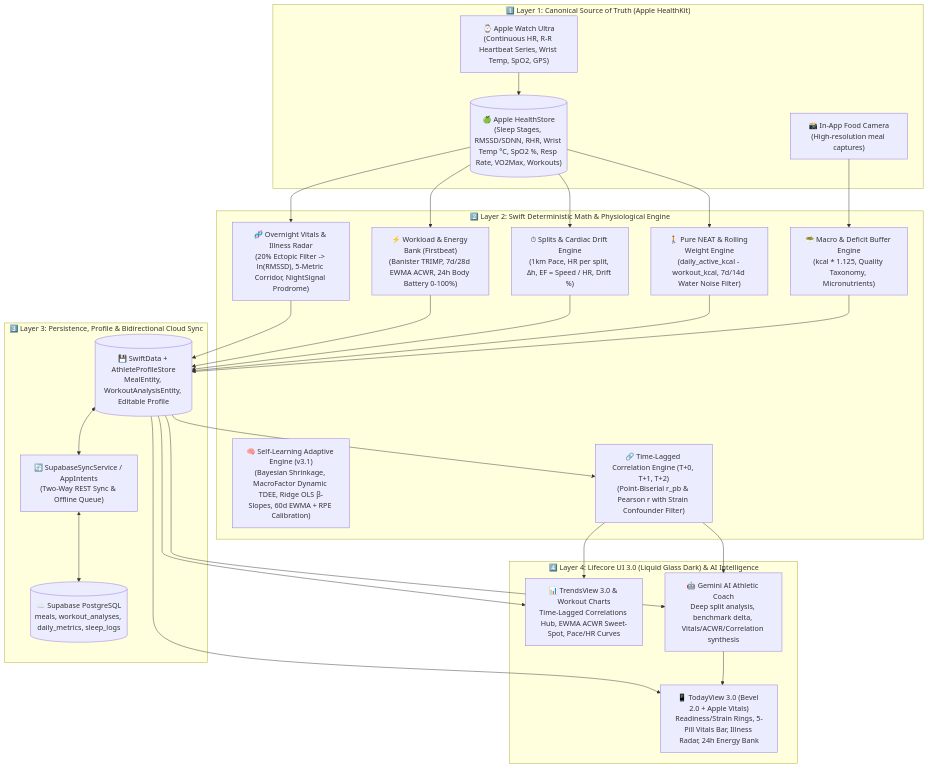
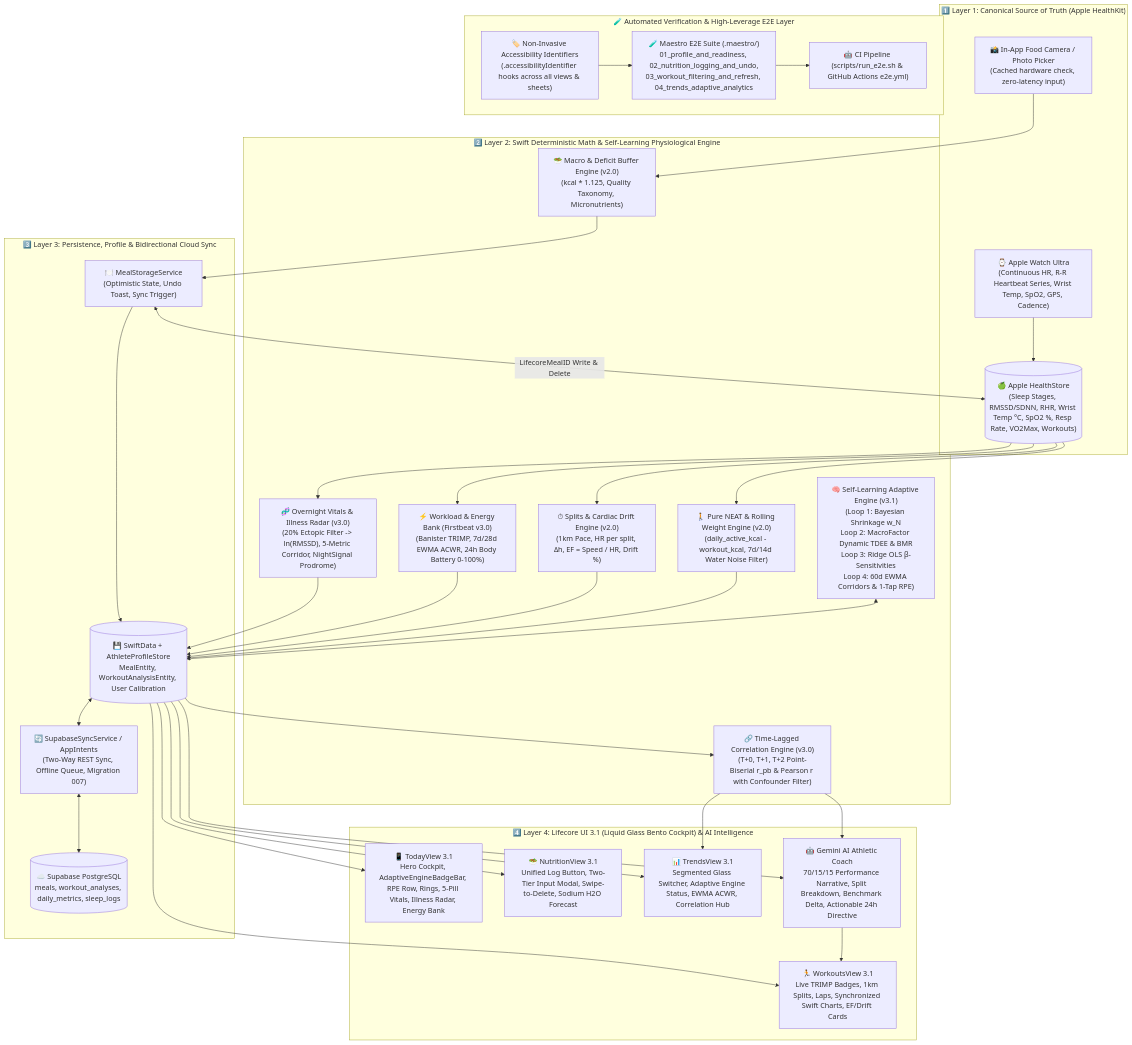
The diagram in docs/ARCHITECTURE.md (skycherepanya/calories-bot-mvp), drawn with Mermaid before and after one commit. The commit also changed other lines of this file and 7 other files, not shown here.

Commit message:
docs: synchronize architecture and repo documentation with Lifecore 3.1 and add executive overview

````diff
--- a/docs/ARCHITECTURE.md
+++ b/docs/ARCHITECTURE.md
@@ -24,54 +26,72 @@
 ```mermaid
 flowchart TD
     subgraph Layer1 ["1️⃣ Layer 1: Canonical Source of Truth (Apple HealthKit)"]
-        Watch["⌚️ Apple Watch Ultra\n(Continuous HR, R-R Heartbeat Series, Wrist Temp, SpO2, GPS)"]
+        Watch["⌚️ Apple Watch Ultra\n(Continuous HR, R-R Heartbeat Series, Wrist Temp, SpO2, GPS, Cadence)"]
         HKStore[("🍏 Apple HealthStore\n(Sleep Stages, RMSSD/SDNN, RHR, Wrist Temp °C, SpO2 %, Resp Rate, VO2Max, Workouts)")]
-        Camera["📸 In-App Food Camera\n(High-resolution meal captures)"]
+        Camera["📸 In-App Food Camera / Photo Picker\n(Cached hardware check, zero-latency input)"]
         Watch --> HKStore
     end
 
-    subgraph Layer2 ["2️⃣ Layer 2: Swift Deterministic Math & Physiological Engine"]
-        VitalsEngine["🧬 Overnight Vitals & Illness Radar\n(20% Ectopic Filter -> ln(RMSSD), 5-Metric Corridor, NightSignal Prodrome)"]
-        AdaptiveEngine["🧠 Self-Learning Adaptive Engine (v3.1)\n(Bayesian Shrinkage, MacroFactor Dynamic TDEE, Ridge OLS β-Slopes, 60d EWMA + RPE Calibration)"]
-        WorkloadEngine["⚡ Workload & Energy Bank (Firstbeat)\n(Banister TRIMP, 7d/28d EWMA ACWR, 24h Body Battery 0-100%)"]
-        SplitEngine["⏱ Splits & Cardiac Drift Engine\n(1km Pace, HR per split, Δh, EF = Speed / HR, Drift %)"]
-        CorrEngine["🔗 Time-Lagged Correlation Engine (T+0, T+1, T+2)\n(Point-Biserial r_pb & Pearson r with Strain Confounder Filter)"]
-        NEATEngine["🚶 Pure NEAT & Rolling Weight Engine\n(daily_active_kcal - workout_kcal, 7d/14d Water Noise Filter)"]
-        MacroEngine["🥗 Macro & Deficit Buffer Engine\n(kcal * 1.125, Quality Taxonomy, Micronutrients)"]
+    subgraph Layer2 ["2️⃣ Layer 2: Swift Deterministic Math & Self-Learning Physiological Engine"]
+        VitalsEngine["🧬 Overnight Vitals & Illness Radar (v3.0)\n(20% Ectopic Filter -> ln(RMSSD), 5-Metric Corridor, NightSignal Prodrome)"]
+        AdaptiveEngine["🧠 Self-Learning Adaptive Engine (v3.1)\n(Loop 1: Bayesian Shrinkage w_N\nLoop 2: MacroFactor Dynamic TDEE & BMR\nLoop 3: Ridge OLS β-Sensitivities\nLoop 4: 60d EWMA Corridors & 1-Tap RPE)"]
+        WorkloadEngine["⚡ Workload & Energy Bank (Firstbeat v3.0)\n(Banister TRIMP, 7d/28d EWMA ACWR, 24h Body Battery 0-100%)"]
+        SplitEngine["⏱ Splits & Cardiac Drift Engine (v2.0)\n(1km Pace, HR per split, Δh, EF = Speed / HR, Drift %)"]
+        CorrEngine["🔗 Time-Lagged Correlation Engine (v3.0)\n(T+0, T+1, T+2 Point-Biserial r_pb & Pearson r with Confounder Filter)"]
+        NEATEngine["🚶 Pure NEAT & Rolling Weight Engine (v2.0)\n(daily_active_kcal - workout_kcal, 7d/14d Water Noise Filter)"]
+        MacroEngine["🥗 Macro & Deficit Buffer Engine (v2.0)\n(kcal * 1.125, Quality Taxonomy, Micronutrients)"]
     end
 
     subgraph Layer3 ["3️⃣ Layer 3: Persistence, Profile & Bidirectional Cloud Sync"]
-        SwiftData[("💾 SwiftData + AthleteProfileStore\nMealEntity, WorkoutAnalysisEntity, Editable Profile")]
-        SyncService["🔄 SupabaseSyncService / AppIntents\n(Two-Way REST Sync & Offline Queue)"]
+        SwiftData[("💾 SwiftData + AthleteProfileStore\nMealEntity, WorkoutAnalysisEntity, User Calibration")]
+        MealService["🍽️ MealStorageService\n(Optimistic State, Undo Toast, Sync Trigger)"]
+        SyncService["🔄 SupabaseSyncService / AppIntents\n(Two-Way REST Sync, Offline Queue, Migration 007)"]
         SupaDB[("☁️ Supabase PostgreSQL\nmeals, workout_analyses, daily_metrics, sleep_logs")]
     end
 
-    subgraph Layer4 ["4️⃣ Layer 4: Lifecore UI 3.0 (Liquid Glass Dark) & AI Intelligence"]
-        Dashboard["📱 TodayView 3.0 (Bevel 2.0 + Apple Vitals)\nReadiness/Strain Rings, 5-Pill Vitals Bar, Illness Radar, 24h Energy Bank"]
-        TrendsHub["📊 TrendsView 3.0 & Workout Charts\nTime-Lagged Correlations Hub, EWMA ACWR Sweet-Spot, Pace/HR Curves"]
-        GeminiProxy["🤖 Gemini AI Athletic Coach\nDeep split analysis, benchmark delta, Vitals/ACWR/Correlation synthesis"]
+    subgraph Layer4 ["4️⃣ Layer 4: Lifecore UI 3.1 (Liquid Glass Bento Cockpit) & AI Intelligence"]
+        Dashboard["📱 TodayView 3.1\nHero Cockpit, AdaptiveEngineBadgeBar, RPE Row, Rings, 5-Pill Vitals, Illness Radar, Energy Bank"]
+        WorkoutsUI["🏃 WorkoutsView 3.1\nLive TRIMP Badges, 1km Splits, Laps, Synchronized Swift Charts, EF/Drift Cards"]
+        NutritionUI["🥗 NutritionView 3.1\nUnified Log Button, Two-Tier Input Modal, Swipe-to-Delete, Sodium H2O Forecast"]
+        TrendsHub["📊 TrendsView 3.1\nSegmented Glass Switcher, Adaptive Engine Status, EWMA ACWR, Correlation Hub"]
+        GeminiProxy["🤖 Gemini AI Athletic Coach\n70/15/15 Performance Narrative, Split Breakdown, Benchmark Delta, Actionable 24h Directive"]
+    end
+
+    subgraph TestingLayer ["🧪 Automated Verification & High-Leverage E2E Layer"]
+        MaestroSuite["🧪 Maestro E2E Suite (.maestro/)\n01_profile_and_readiness, 02_nutrition_logging_and_undo,\n03_workout_filtering_and_refresh, 04_trends_adaptive_analytics"]
+        Accessibility["🏷️ Non-Invasive Accessibility Identifiers\n(.accessibilityIdentifier hooks across all views & sheets)"]
+        CI["🤖 CI Pipeline (scripts/run_e2e.sh & GitHub Actions e2e.yml)"]
     end
 
     HKStore --> VitalsEngine
     HKStore --> WorkloadEngine
     HKStore --> SplitEngine
     HKStore --> NEATEngine
     Camera --> MacroEngine
 
     VitalsEngine --> SwiftData
     WorkloadEngine --> SwiftData
     SplitEngine --> SwiftData
     NEATEngine --> SwiftData
-    MacroEngine --> SwiftData
+    MacroEngine --> MealService
+    MealService --> SwiftData
+    AdaptiveEngine <--> SwiftData
+
     SwiftData --> CorrEngine
-
     SwiftData <--> SyncService
     SyncService <--> SupaDB
 
+    MealService <-->|LifecoreMealID Write & Delete| HKStore
+
     SwiftData --> Dashboard
+    SwiftData --> WorkoutsUI
+    SwiftData --> NutritionUI
     SwiftData --> TrendsHub
     CorrEngine --> TrendsHub
     CorrEngine --> GeminiProxy
     SwiftData --> GeminiProxy
-    GeminiProxy --> Dashboard
+    GeminiProxy --> WorkoutsUI
+
+    Accessibility --> MaestroSuite
+    MaestroSuite --> CI
 ```
````
